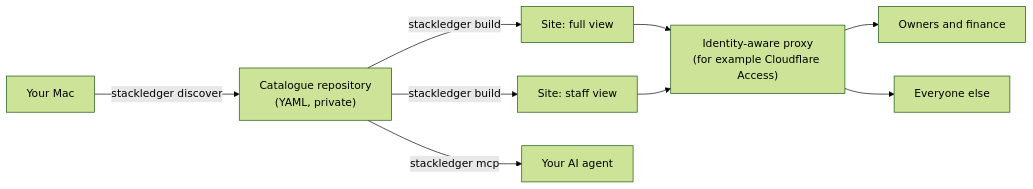
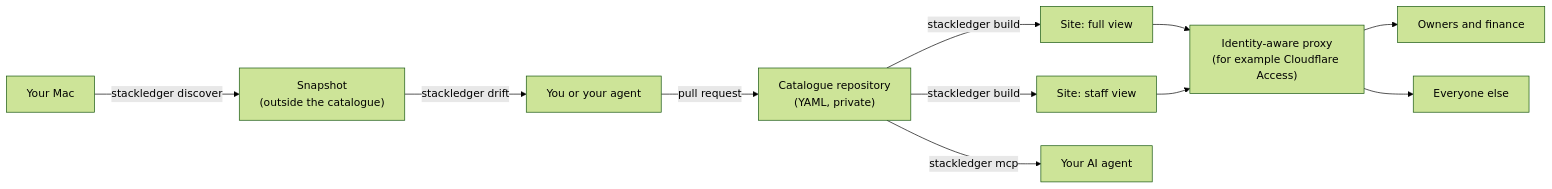
One commit to brunosouzas/stackledger changed the diagram in README.md. Above: the diagram before and after it, drawn with Mermaid (forest theme). The commit also changed other lines of this file and 81 other files, not shown here.

First line of the commit message:
mac-discovery: stackledger discover and drift (#8)

````diff
--- a/README.md
+++ b/README.md
@@ -48,11 +48,13 @@
 ```mermaid
 flowchart LR
     repo["Catalogue repository<br/>(YAML, private)"] -->|stackledger build| full["Site: full view"]
     repo -->|stackledger build| staff["Site: staff view"]
     full --> proxy["Identity-aware proxy<br/>(for example Cloudflare Access)"]
     staff --> proxy
     proxy --> finance["Owners and finance"]
     proxy --> people["Everyone else"]
     repo -->|stackledger mcp| agent["Your AI agent"]
-    mac["Your Mac"] -->|stackledger discover| repo
+    mac["Your Mac"] -->|stackledger discover| snapshot["Snapshot<br/>(outside the catalogue)"]
+    snapshot -->|stackledger drift| person["You or your agent"]
+    person -->|pull request| repo
 ```
````
